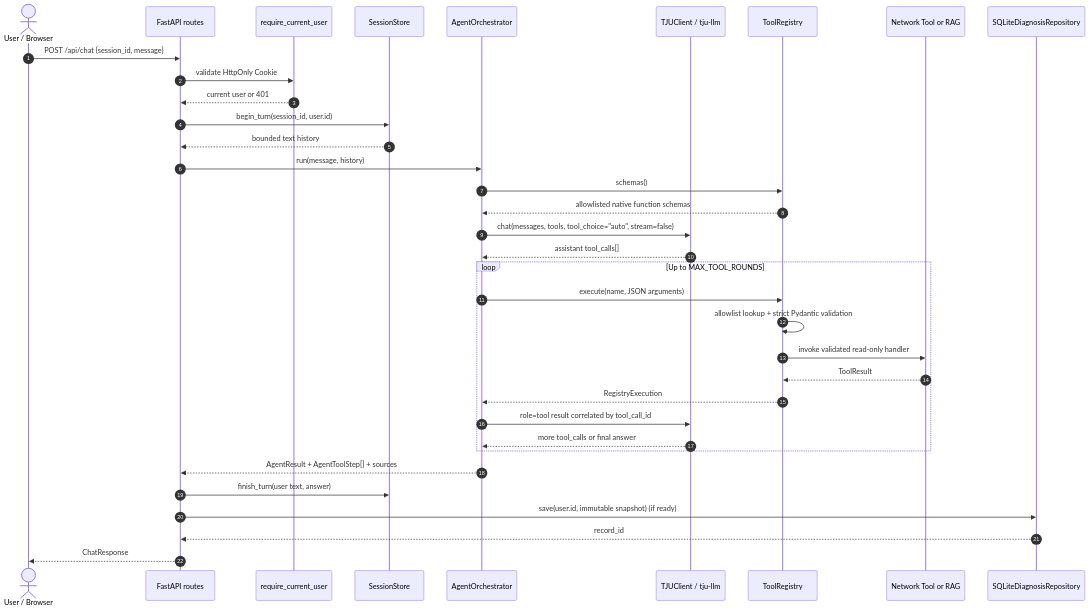
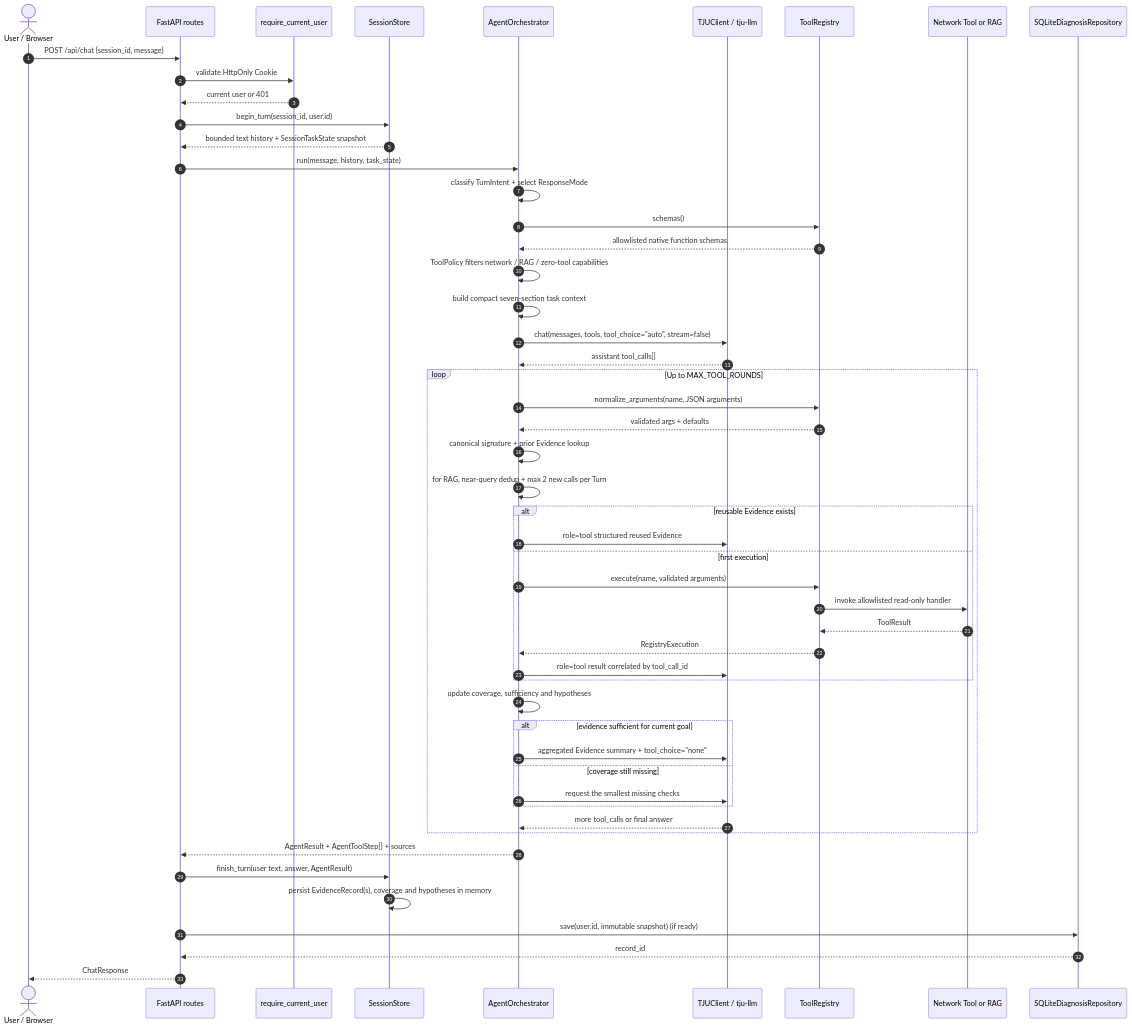
One commit to solis255/agent2026-qa-bot changed the diagram in docs/architecture.md. Above: the diagram before and after it, drawn with Mermaid. The commit also changed other lines of this file and 46 other files, not shown here.

Commit message:
多轮任务 Agent 与 Evidence Memory

````diff
--- a/docs/architecture.md
+++ b/docs/architecture.md
@@ -174,38 +188,55 @@
 ```mermaid
 sequenceDiagram
     autonumber
     actor U as User / Browser
     participant API as FastAPI routes
     participant Auth as require_current_user
     participant S as SessionStore
     participant A as AgentOrchestrator
     participant L as TJUClient / tju-llm
     participant R as ToolRegistry
     participant T as Network Tool or RAG
     participant H as SQLiteDiagnosisRepository
 
     U->>API: POST /api/chat {session_id, message}
     API->>Auth: validate HttpOnly Cookie
     Auth-->>API: current user or 401
     API->>S: begin_turn(session_id, user.id)
-    S-->>API: bounded text history
-    API->>A: run(message, history)
+    S-->>API: bounded text history + SessionTaskState snapshot
+    API->>A: run(message, history, task_state)
+    A->>A: classify TurnIntent + select ResponseMode
     A->>R: schemas()
     R-->>A: allowlisted native function schemas
+    A->>A: ToolPolicy filters network / RAG / zero-tool capabilities
+    A->>A: build compact seven-section task context
     A->>L: chat(messages, tools, tool_choice="auto", stream=false)
     L-->>A: assistant tool_calls[]
     loop Up to MAX_TOOL_ROUNDS
-        A->>R: execute(name, JSON arguments)
-        R->>R: allowlist lookup + strict Pydantic validation
-        R->>T: invoke validated read-only handler
-        T-->>R: ToolResult
-        R-->>A: RegistryExecution
-        A->>L: role=tool result correlated by tool_call_id
+        A->>R: normalize_arguments(name, JSON arguments)
+        R-->>A: validated args + defaults
+        A->>A: canonical signature + prior Evidence lookup
+        A->>A: for RAG, near-query dedup + max 2 new calls per Turn
+        alt reusable Evidence exists
+            A->>L: role=tool structured reused Evidence
+        else first execution
+            A->>R: execute(name, validated arguments)
+            R->>T: invoke allowlisted read-only handler
+            T-->>R: ToolResult
+            R-->>A: RegistryExecution
+            A->>L: role=tool result correlated by tool_call_id
+        end
+        A->>A: update coverage, sufficiency and hypotheses
+        alt evidence sufficient for current goal
+            A->>L: aggregated Evidence summary + tool_choice="none"
+        else coverage still missing
+            A->>L: request the smallest missing checks
+        end
         L-->>A: more tool_calls or final answer
     end
     A-->>API: AgentResult + AgentToolStep[] + sources
-    API->>S: finish_turn(user text, answer)
+    API->>S: finish_turn(user text, answer, AgentResult)
+    S->>S: persist EvidenceRecord(s), coverage and hypotheses in memory
     API->>H: save(user.id, immutable snapshot) (if ready)
     H-->>API: record_id
     API-->>U: ChatResponse
 ```
````
